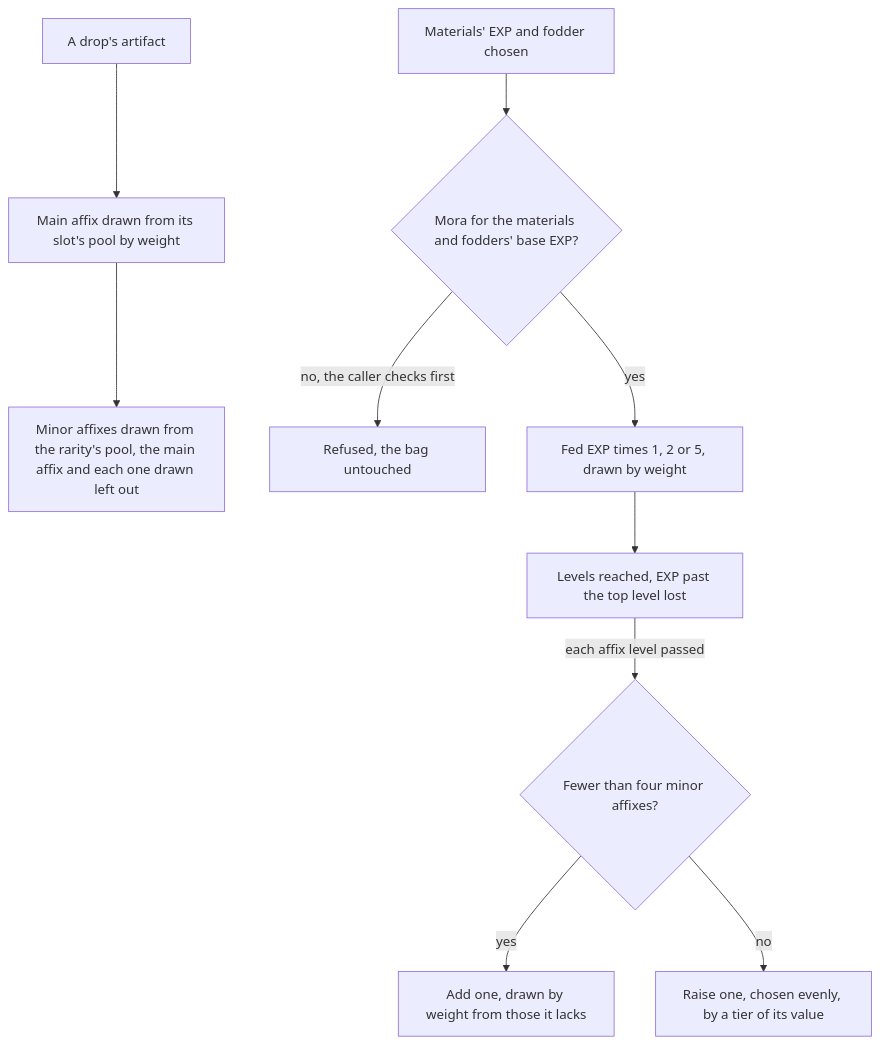
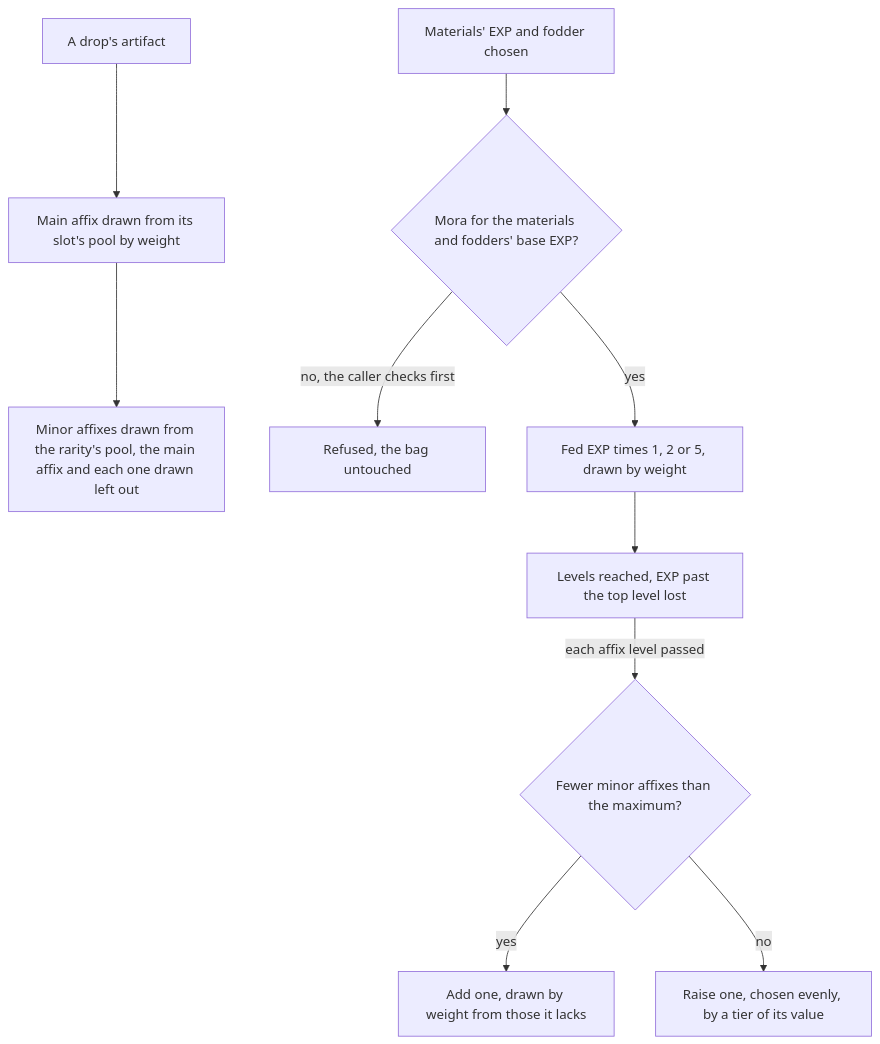
The first of 2 diagrams in openspec/specs/genshin/artifact-enhancement/design.md (Esposter/Esposter), drawn with Mermaid before and after one commit. The commit also changed other lines of this file and 41 other files, not shown here.

````diff
--- a/openspec/specs/genshin/artifact-enhancement/design.md
+++ b/openspec/specs/genshin/artifact-enhancement/design.md
@@ -7,12 +7,12 @@
 ```mermaid
 flowchart TD
   NEW["A drop's artifact"] --> MAIN["Main affix drawn from its slot's pool by weight"]
   MAIN --> MINOR["Minor affixes drawn from the rarity's pool, the main affix and each one drawn left out"]
   FEED["Materials' EXP and fodder chosen"] --> MORA{"Mora for the materials and fodders' base EXP?"}
   MORA -->|"no, the caller checks first"| REFUSE["Refused, the bag untouched"]
   MORA -->|"yes"| BONUS["Fed EXP times 1, 2 or 5, drawn by weight"]
   BONUS --> LEVEL["Levels reached, EXP past the top level lost"]
-  LEVEL -->|"each affix level passed"| AFFIX{"Fewer than four minor affixes?"}
+  LEVEL -->|"each affix level passed"| AFFIX{"Fewer minor affixes than the maximum?"}
   AFFIX -->|"yes"| ADD["Add one, drawn by weight from those it lacks"]
   AFFIX -->|"no"| RAISE["Raise one, chosen evenly, by a tier of its value"]
 ```
````
